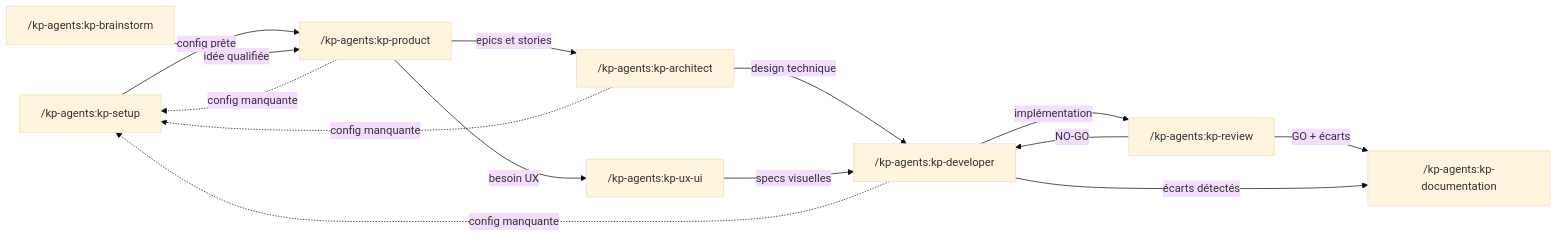
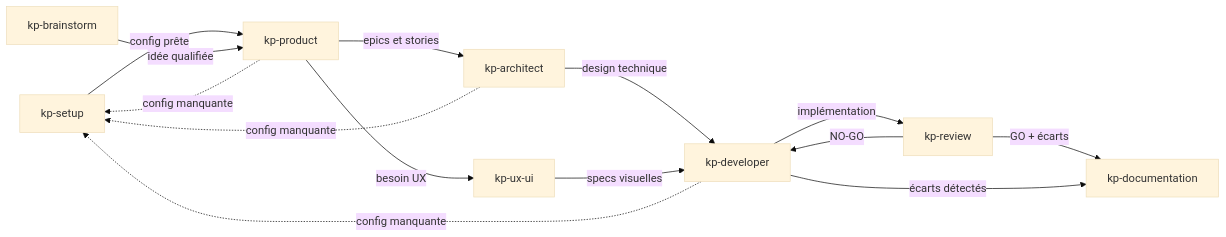
Before and after one commit to KeyProd/kp-agents: the diagram in CLAUDE.md, drawn with Mermaid (base theme). The commit also changed other lines of this file and 228 other files, not shown here.

````diff
--- a/CLAUDE.md
+++ b/CLAUDE.md
@@ -147,16 +111,16 @@
 ```mermaid
 flowchart LR
-    S["/kp-agents:kp-setup"] -->|config prête| P["/kp-agents:kp-product"]
-    B["/kp-agents:kp-brainstorm"] -->|idée qualifiée| P
-    P -->|epics et stories| A["/kp-agents:kp-architect"]
-    P -->|besoin UX| UX["/kp-agents:kp-ux-ui"]
-    A -->|design technique| D["/kp-agents:kp-developer"]
+    S["kp-setup"] -->|config prête| P["kp-product"]
+    B["kp-brainstorm"] -->|idée qualifiée| P
+    P -->|epics et stories| A["kp-architect"]
+    P -->|besoin UX| UX["kp-ux-ui"]
+    A -->|design technique| D["kp-developer"]
     UX -->|specs visuelles| D
-    D -->|implémentation| R["/kp-agents:kp-review"]
+    D -->|implémentation| R["kp-review"]
     R -->|NO-GO| D
-    R -->|GO + écarts| DOC["/kp-agents:kp-documentation"]
+    R -->|GO + écarts| DOC["kp-documentation"]
     D -->|écarts détectés| DOC
     P -. config manquante .-> S
     A -. config manquante .-> S
     D -. config manquante .-> S
 ```
````
